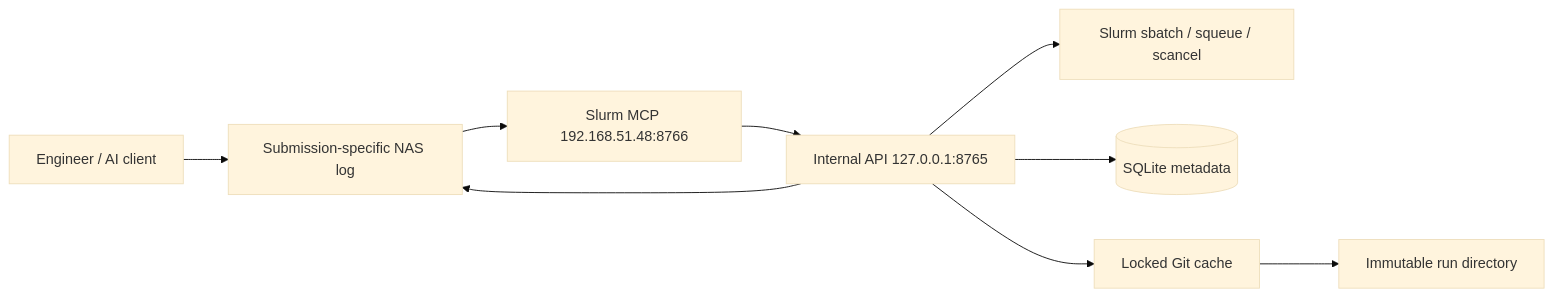
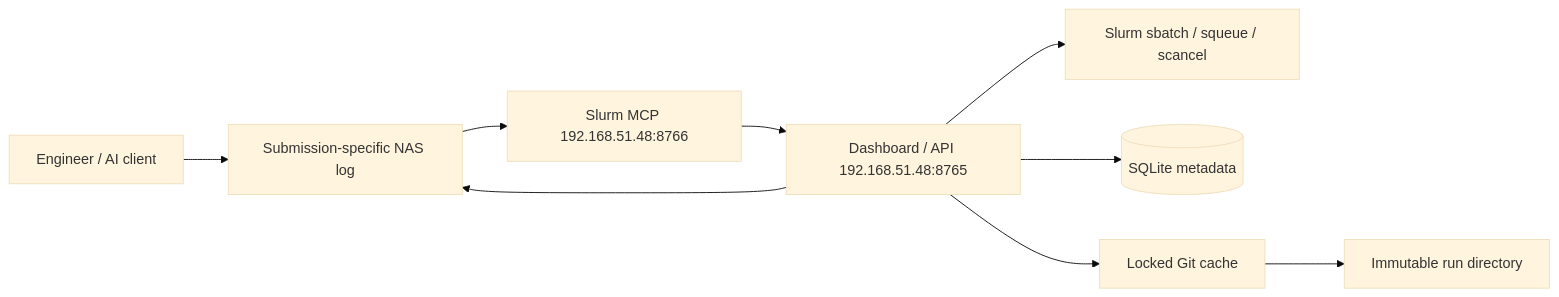
The diagram in docs/platform-v1-engineer-handoff.md (intelligart/gpu_training), drawn with Mermaid (base theme) before and after one commit. The commit also changed other lines of this file and 10 other files, not shown here.

````diff
--- a/docs/platform-v1-engineer-handoff.md
+++ b/docs/platform-v1-engineer-handoff.md
@@ -47,11 +37,11 @@
 ```mermaid
 flowchart LR
   E[Engineer / AI client] --> L[Trusted private LAN]
   L --> M[Slurm MCP 192.168.51.48:8766]
-    M --> A[Internal API 127.0.0.1:8765]
+    M --> A[Dashboard / API 192.168.51.48:8765]
     A --> S[Slurm sbatch / squeue / scancel]
     A --> D[(SQLite metadata)]
     A --> C[Locked Git cache]
     C --> R[Immutable run directory]
     A --> L[Submission-specific NAS log]
 ```
````
